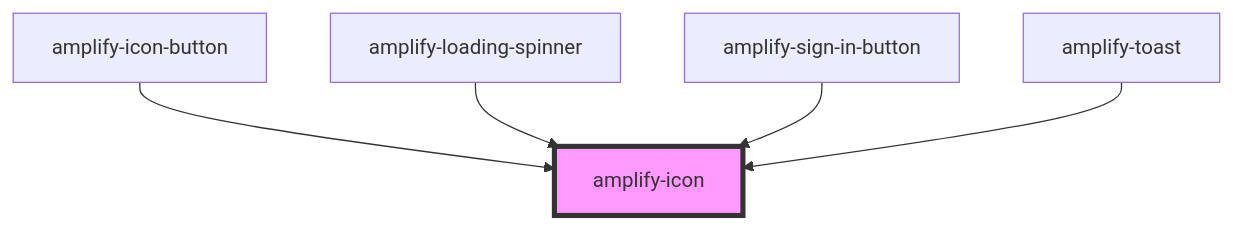
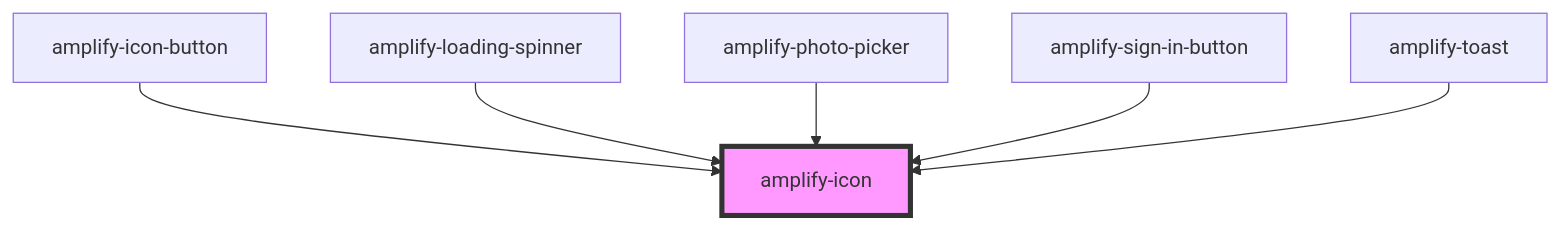
Before and after one commit to OneDev0411/amplify-js: the diagram in packages/amplify-ui-components/src/components/amplify-icon/readme.md, drawn with Mermaid. The commit also changed other lines of this file and 17 other files, not shown here.

````diff
--- a/packages/amplify-ui-components/src/components/amplify-icon/readme.md
+++ b/packages/amplify-ui-components/src/components/amplify-icon/readme.md
@@ -23,8 +24,9 @@
 ```mermaid
 graph TD;
   amplify-icon-button --> amplify-icon
   amplify-loading-spinner --> amplify-icon
+  amplify-photo-picker --> amplify-icon
   amplify-sign-in-button --> amplify-icon
   amplify-toast --> amplify-icon
   style amplify-icon fill:#f9f,stroke:#333,stroke-width:4px
 ```
````
